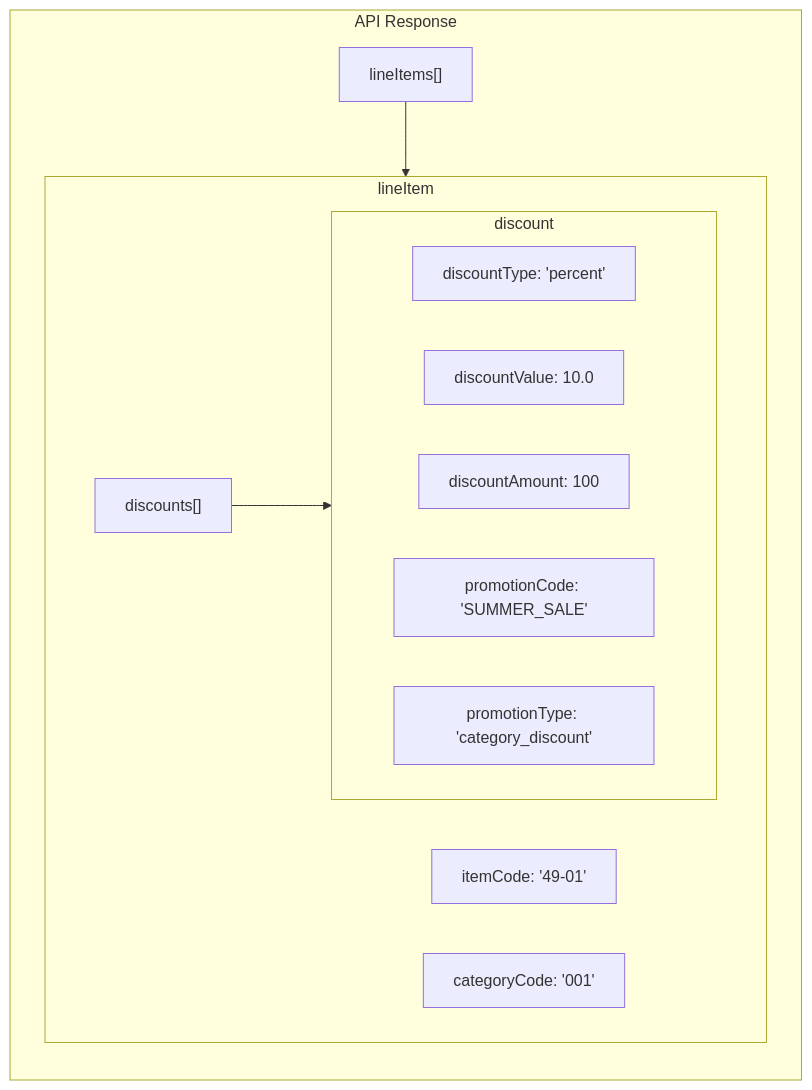
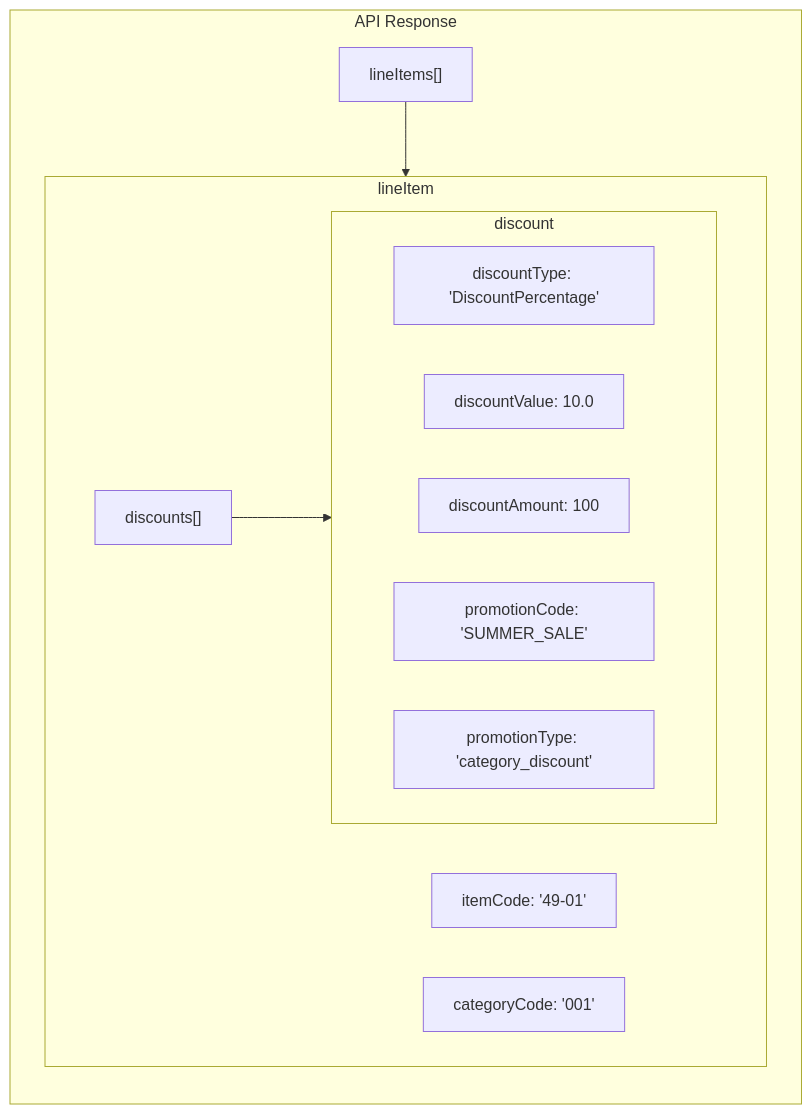
One commit to kugel-masa/kugelpos-backend changed the eighth of 8 diagrams in specs/1-category-promo/en/architecture-diagrams.md. Above: the diagram before and after it, drawn with Mermaid. The commit also changed other lines of this file and 7 other files, not shown here.

First line of the commit message:
feat: Add execution phase to sales promotion plugin architecture

````diff
--- a/specs/1-category-promo/en/architecture-diagrams.md
+++ b/specs/1-category-promo/en/architecture-diagrams.md
@@ -312,24 +313,24 @@
 ```mermaid
 flowchart TB
     subgraph Response["API Response"]
         direction TB
         LineItems["lineItems[]"]
 
         subgraph Item["lineItem"]
             ItemCode["itemCode: '49-01'"]
             CategoryCode["categoryCode: '001'"]
             Discounts["discounts[]"]
 
             subgraph DiscountInfo["discount"]
-                DType["discountType: 'percent'"]
+                DType["discountType: 'DiscountPercentage'"]
                 DValue["discountValue: 10.0"]
                 DAmount["discountAmount: 100"]
                 PCode["promotionCode: 'SUMMER_SALE'"]
                 PType["promotionType: 'category_discount'"]
             end
         end
     end
 
     LineItems --> Item
     Discounts --> DiscountInfo
 ```
````
